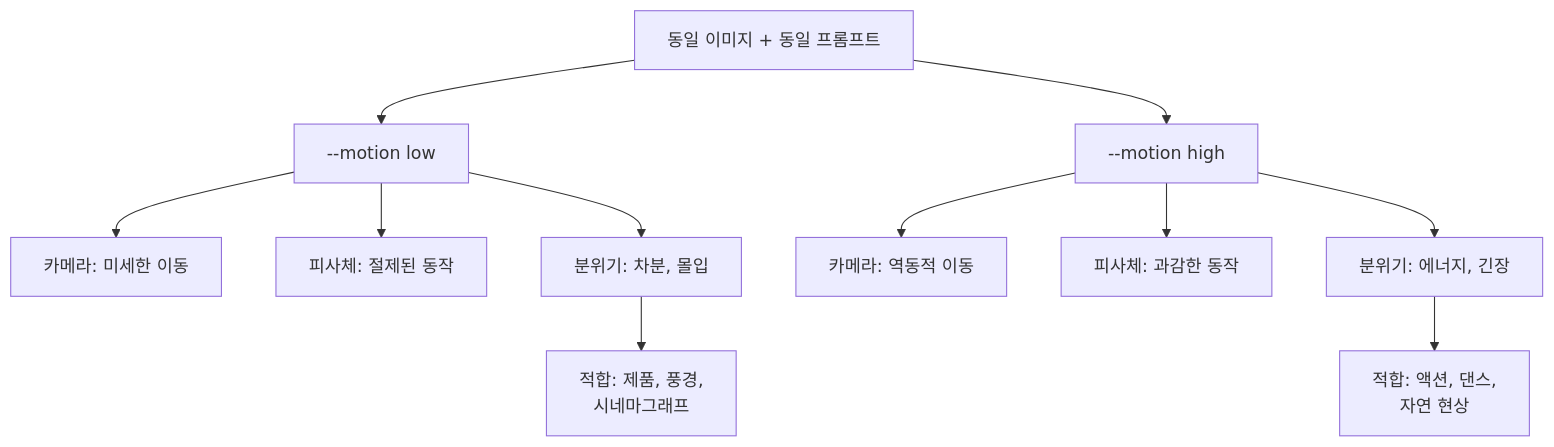
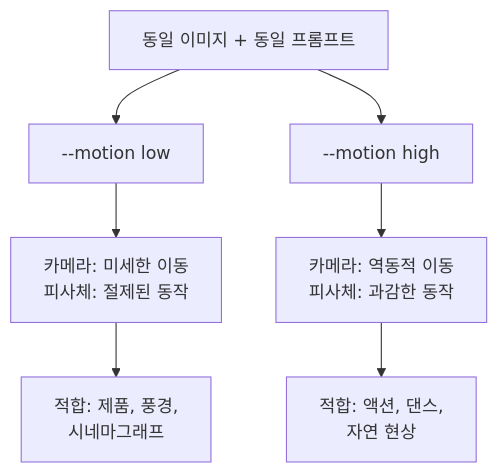
The second of 3 diagrams in 10-ch10-midjourney-영상-생성/03-03-모션과-카메라-제어.md (jsonpassion/forge-tutorial-promptcanvas), drawn with Mermaid before and after one commit. The commit also changed other lines of this file and 63 other files, not shown here.

````diff
--- a/10-ch10-midjourney-영상-생성/03-03-모션과-카메라-제어.md
+++ b/10-ch10-midjourney-영상-생성/03-03-모션과-카메라-제어.md
@@ -105,13 +74,9 @@
 ```mermaid
 flowchart TD
     START["동일 이미지 + 동일 프롬프트"] --> LOW["--motion low"]
     START --> HIGH["--motion high"]
-    LOW --> L1["카메라: 미세한 이동"]
-    LOW --> L2["피사체: 절제된 동작"]
-    LOW --> L3["분위기: 차분, 몰입"]
-    HIGH --> H1["카메라: 역동적 이동"]
-    HIGH --> H2["피사체: 과감한 동작"]
-    HIGH --> H3["분위기: 에너지, 긴장"]
-    L3 --> USE_L["적합: 제품, 풍경,<br/>시네마그래프"]
-    H3 --> USE_H["적합: 액션, 댄스,<br/>자연 현상"]
+    LOW --> L1["카메라: 미세한 이동<br/>피사체: 절제된 동작"]
+    HIGH --> H1["카메라: 역동적 이동<br/>피사체: 과감한 동작"]
+    L1 --> USE_L["적합: 제품, 풍경,<br/>시네마그래프"]
+    H1 --> USE_H["적합: 액션, 댄스,<br/>자연 현상"]
 ```
````
